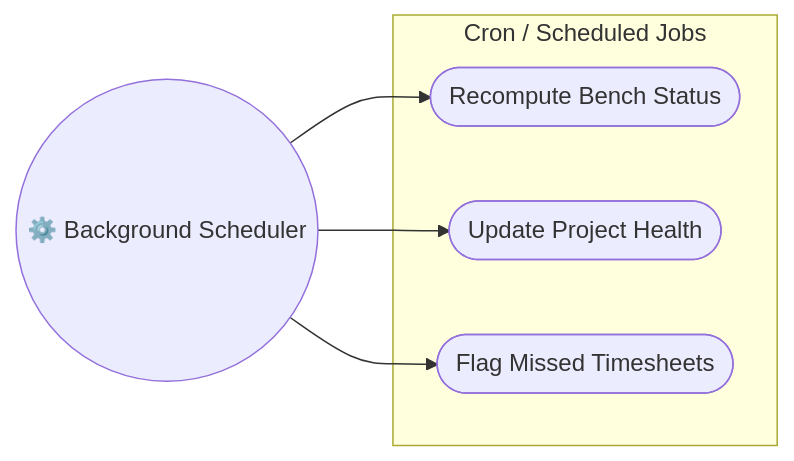
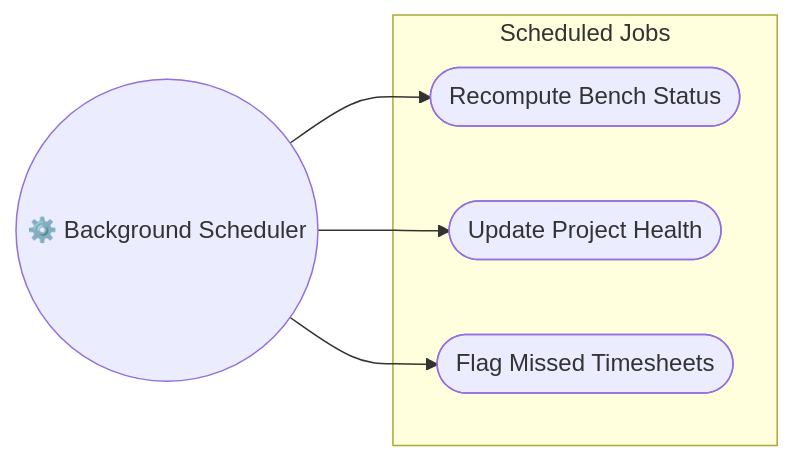
The fifth of 5 diagrams in docs/Solution/UseCase_Diagram.md (HariAdk/PRM), drawn with Mermaid before and after one commit. The commit also changed other lines of this file and 21 other files, not shown here.

Commit message:
Updated diagrams

````diff
--- a/docs/Solution/UseCase_Diagram.md
+++ b/docs/Solution/UseCase_Diagram.md
@@ -355,14 +351,14 @@
 ```mermaid
 flowchart LR
     Scheduler((⚙️ Background Scheduler))
 
-    subgraph Jobs["Cron / Scheduled Jobs"]
+    subgraph Jobs["Scheduled Jobs"]
         UC_RecomputeBenchStatus(["Recompute Bench Status"])
         UC_UpdateProjHealth(["Update Project Health"])
         UC_FlagMissedTimesheets(["Flag Missed Timesheets"])
     end
 
     Scheduler --> UC_RecomputeBenchStatus
     Scheduler --> UC_UpdateProjHealth
     Scheduler --> UC_FlagMissedTimesheets
 ```
````
